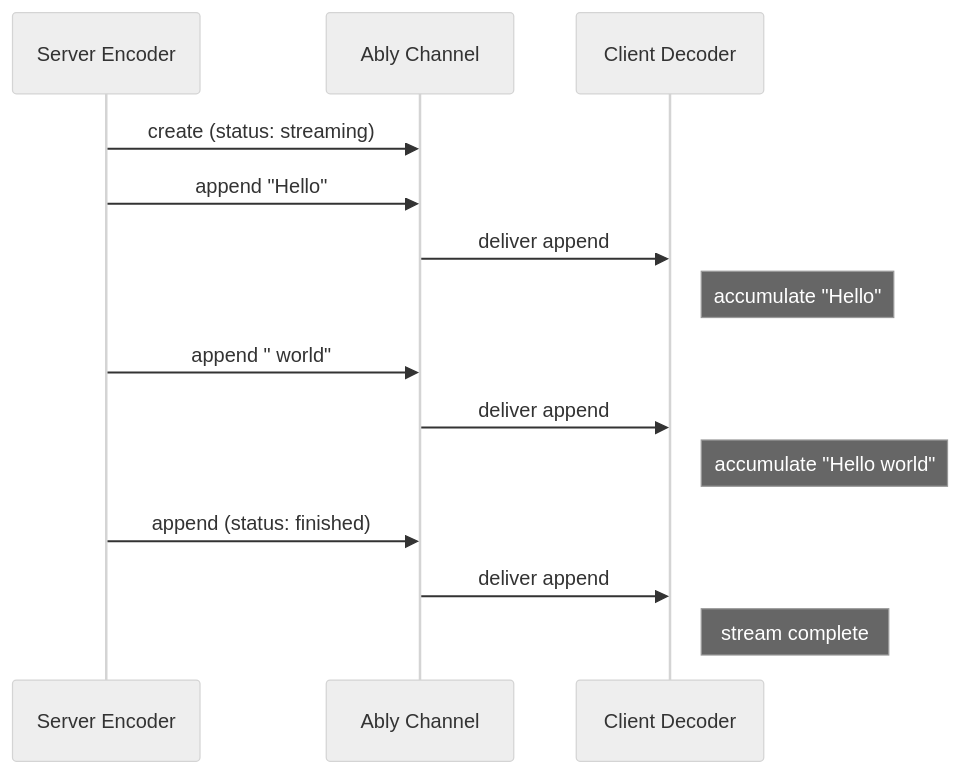
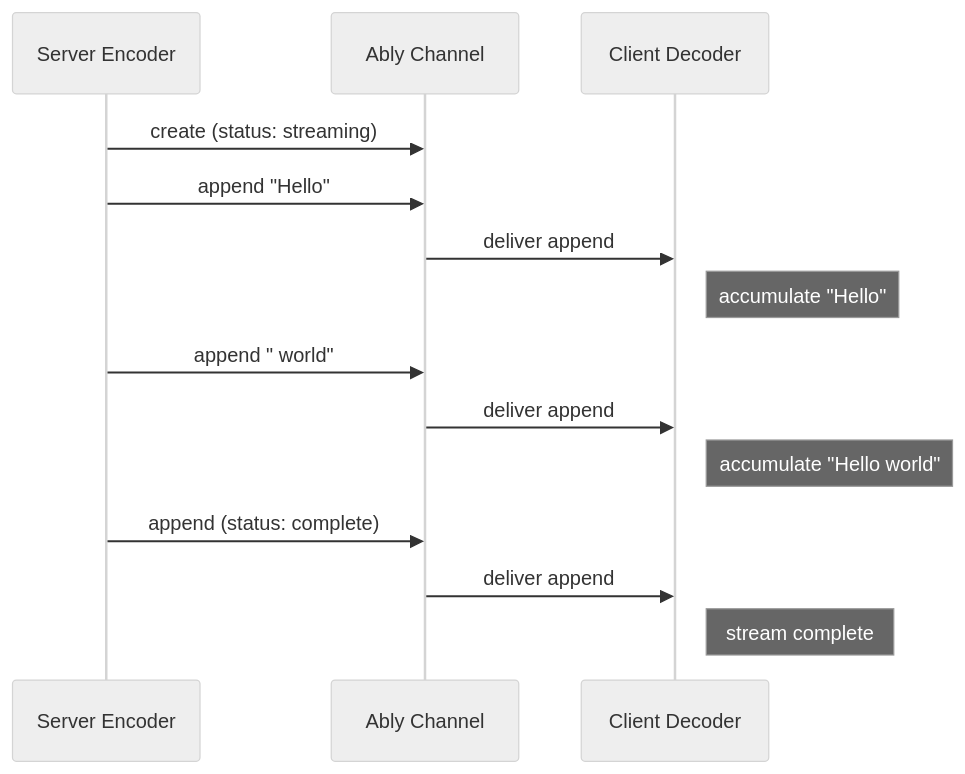
Before and after one commit to ably/ably-ai-transport-js: the diagram in docs/features/streaming.md, drawn with Mermaid (neutral theme). The commit also changed other lines of this file and 7 other files, not shown here.

First line of the commit message:
Docs: align with stream close status rename "finished" -> "complete"

````diff
--- a/docs/features/streaming.md
+++ b/docs/features/streaming.md
@@ -11,17 +11,17 @@
 ```mermaid
 sequenceDiagram
     participant SE as Server Encoder
     participant AC as Ably Channel
     participant CD as Client Decoder
 
     SE->>AC: create (status: streaming)
     SE->>AC: append "Hello"
     AC->>CD: deliver append
     Note right of CD: accumulate "Hello"
     SE->>AC: append " world"
     AC->>CD: deliver append
     Note right of CD: accumulate "Hello world"
-    SE->>AC: append (status: finished)
+    SE->>AC: append (status: complete)
     AC->>CD: deliver append
     Note right of CD: stream complete
 ```
````
